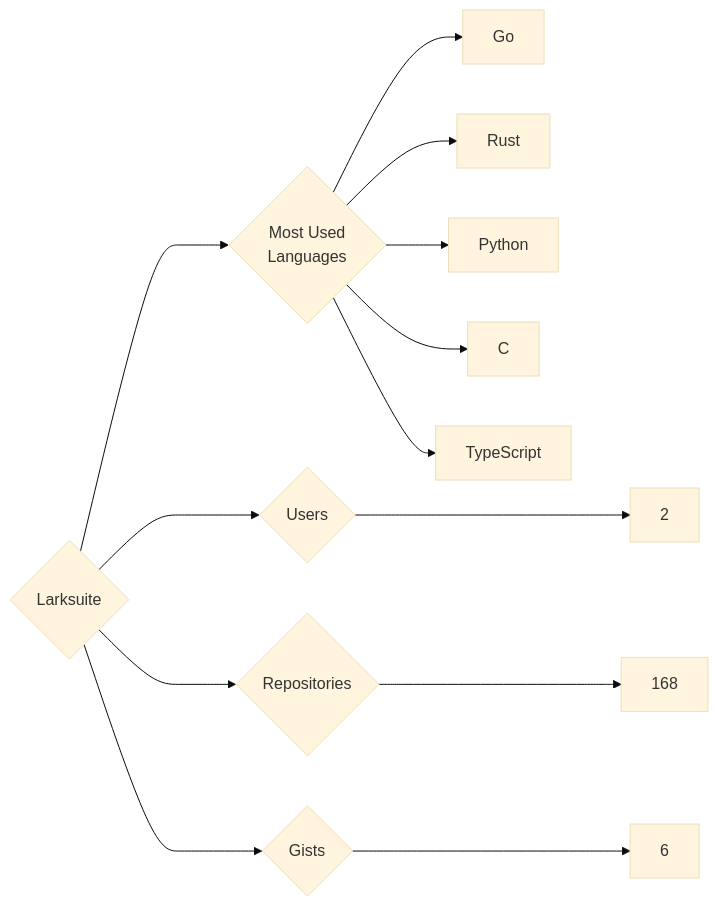
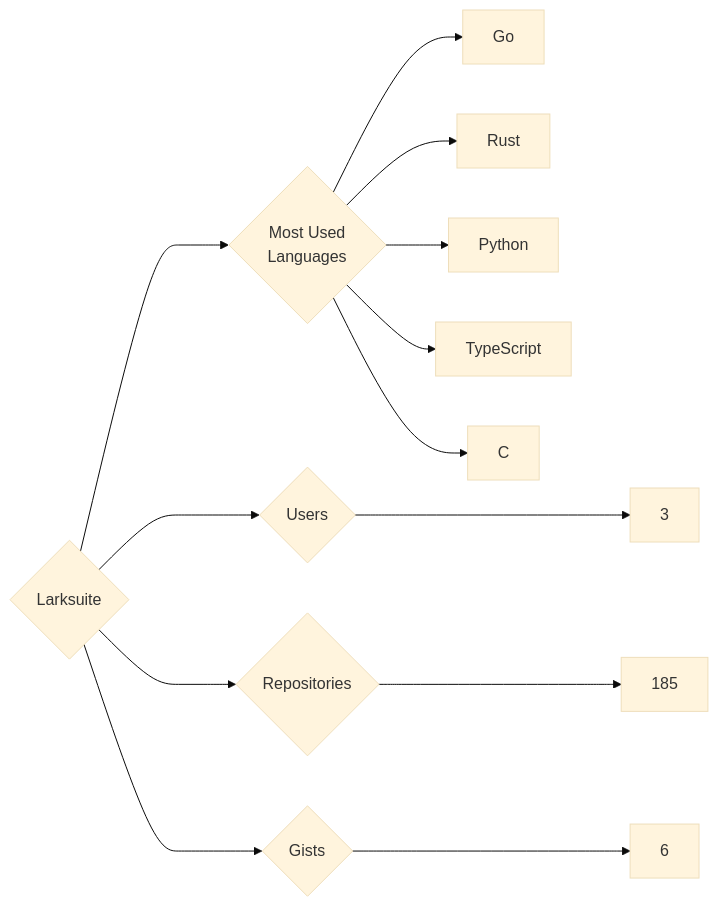
Before and after one commit to trickest/insiders: the diagram in targets/Larksuite/README.md, drawn with Mermaid (base theme). The commit also changed 676 other files, not shown here.

````diff
--- a/targets/Larksuite/README.md
+++ b/targets/Larksuite/README.md
@@ -3,13 +3,13 @@
 ```mermaid
 graph LR
 COMPANY_NAME{Larksuite}
-COMPANY_NAME ---> U{Users} ---> UN[2]
-COMPANY_NAME ---> R{Repositories} ---> RN[168]
+COMPANY_NAME ---> U{Users} ---> UN[3]
+COMPANY_NAME ---> R{Repositories} ---> RN[185]
 COMPANY_NAME ---> G{Gists} ---> GN[6]
 COMPANY_NAME ---> ML{Most Used<br>Languages}
 ML --> Go[Go]
 ML --> Rust[Rust]
 ML --> Python[Python]
+ML --> TypeScript[TypeScript]
 ML --> C[C]
-ML --> TypeScript[TypeScript]
 ```
````
